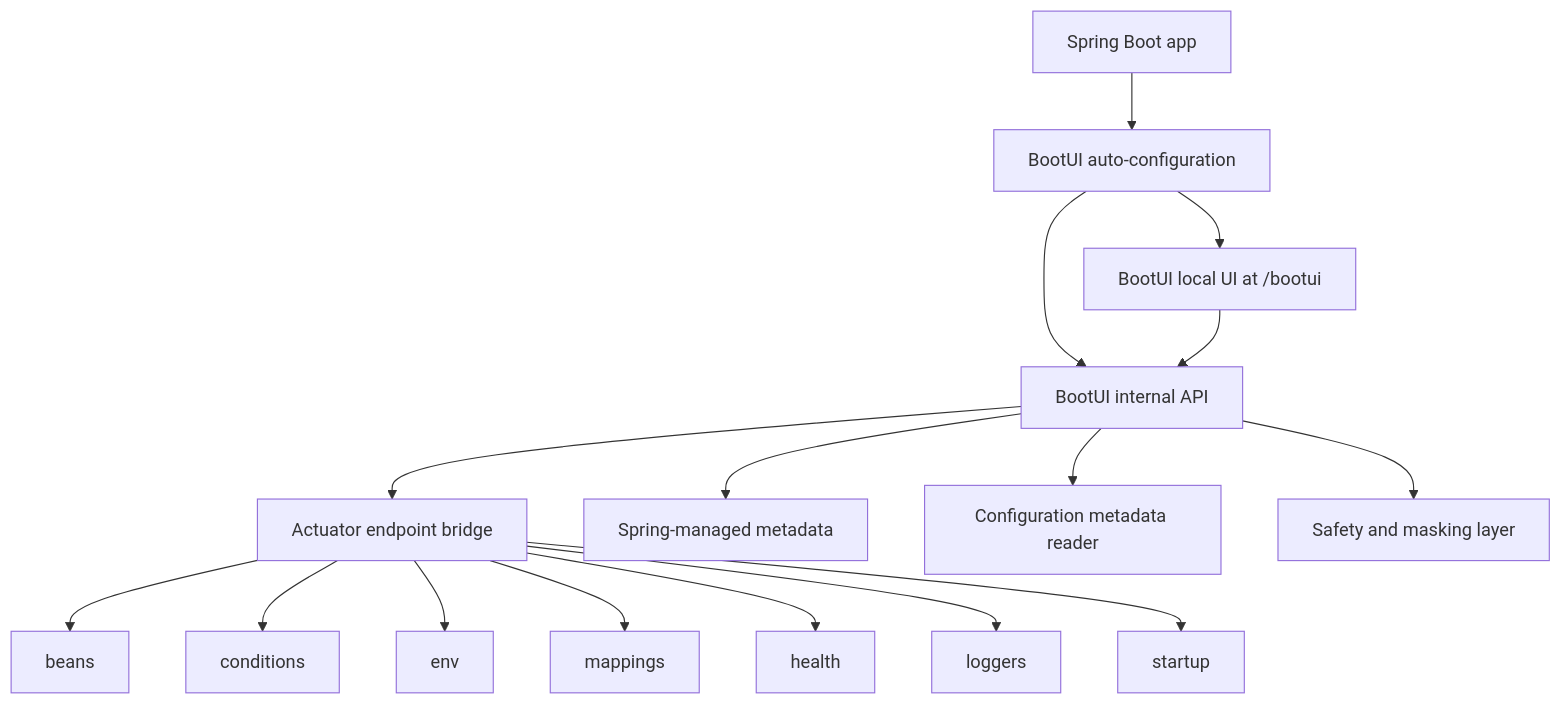
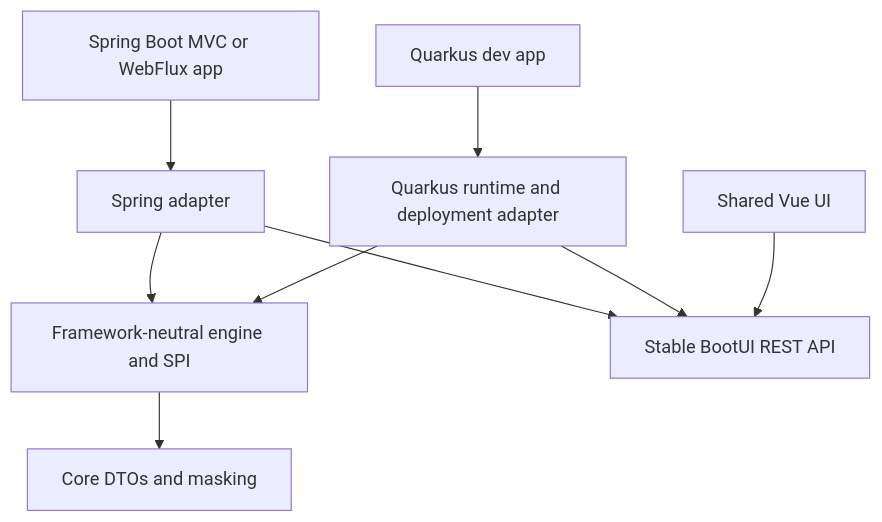
One commit to dstepanov/boot-ui changed the diagram in docs/SPECIFICATION.md. Above: the diagram before and after it, drawn with Mermaid. The commit also changed other lines of this file and 3 other files, not shown here.

Commit message:
docs: reconcile platform architecture

````diff
--- a/docs/SPECIFICATION.md
+++ b/docs/SPECIFICATION.md
@@ -1627,18 +1588,11 @@
 ```mermaid
 flowchart TD
-    A[Spring Boot app] --> B[BootUI auto-configuration]
-    B --> C[BootUI local UI at /bootui]
-    B --> D[BootUI internal API]
-    D --> E[Actuator endpoint bridge]
-    E --> F[beans]
-    E --> G[conditions]
-    E --> H[env]
-    E --> I[mappings]
-    E --> J[health]
-    E --> K[loggers]
-    E --> L[startup]
-    D --> M[Spring-managed metadata]
-    D --> N[Configuration metadata reader]
-    D --> O[Safety and masking layer]
-    C --> D
+    S[Spring Boot MVC or WebFlux app] --> SA[Spring adapter]
+    Q[Quarkus dev app] --> QA[Quarkus runtime and deployment adapter]
+    SA --> E[Framework-neutral engine and SPI]
+    QA --> E
+    E --> C[Core DTOs and masking]
+    SA --> API[Stable BootUI REST API]
+    QA --> API
+    UI[Shared Vue UI] --> API
 ```
````
